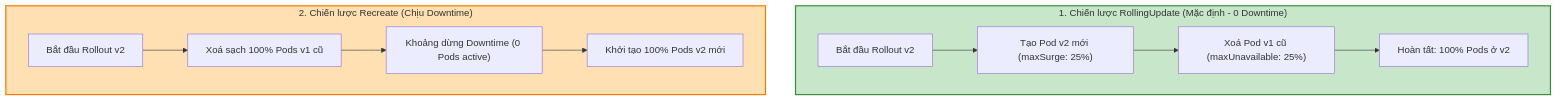
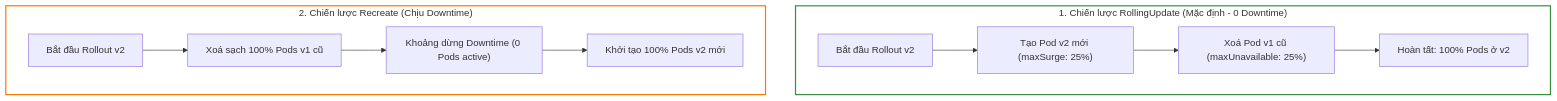
Before and after one commit to kiennt308/ntk: the first of 3 diagrams in _posts/2026-09-12-cka-15-15-deployment-replicaset-rollout.md, drawn with Mermaid. The commit also changed other lines of this file and 207 other files, not shown here.

Commit message:
feat(posts): batch standardize all 208 posts with TL;DR, qa-card accordion, fill:none mermaid, and liquid raw wrappers

````diff
--- a/_posts/2026-09-12-cka-15-15-deployment-replicaset-rollout.md
+++ b/_posts/2026-09-12-cka-15-15-deployment-replicaset-rollout.md
@@ -155,17 +159,17 @@
 ```mermaid
 graph TD
     subgraph RollingUpdate_Strategy ["1. Chiến lược RollingUpdate (Mặc định - 0 Downtime)"]
         RU_START["Bắt đầu Rollout v2"] --> RU_SURGE["Tạo Pod v2 mới (maxSurge: 25%)"]
         RU_SURGE --> RU_DEL["Xoá Pod v1 cũ (maxUnavailable: 25%)"]
         RU_DEL --> RU_DONE["Hoàn tất: 100% Pods ở v2"]
     end
 
     subgraph Recreate_Strategy ["2. Chiến lược Recreate (Chịu Downtime)"]
         RC_START["Bắt đầu Rollout v2"] --> RC_DEL_ALL["Xoá sạch 100% Pods v1 cũ"]
         RC_DEL_ALL --> RC_DOWN["Khoảng dừng Downtime (0 Pods active)"]
         RC_DOWN --> RC_NEW["Khởi tạo 100% Pods v2 mới"]
     end
 
-    style RollingUpdate_Strategy fill:#c8e6c9,stroke:#388e3c,stroke-width:2px
-    style Recreate_Strategy fill:#ffe0b2,stroke:#f57c00,stroke-width:2px
+    style RollingUpdate_Strategy fill:none,stroke:#388e3c,stroke-width:2px
+    style Recreate_Strategy fill:none,stroke:#f57c00,stroke-width:2px
 ```
````
